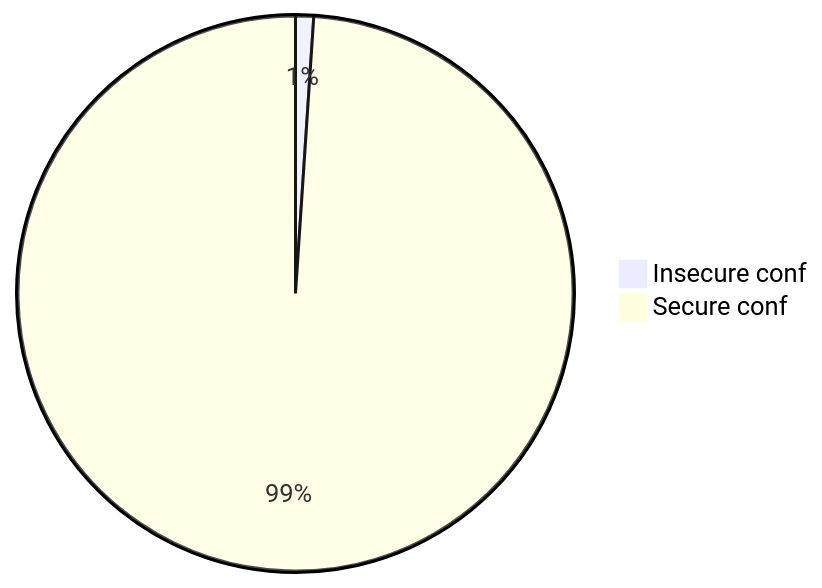
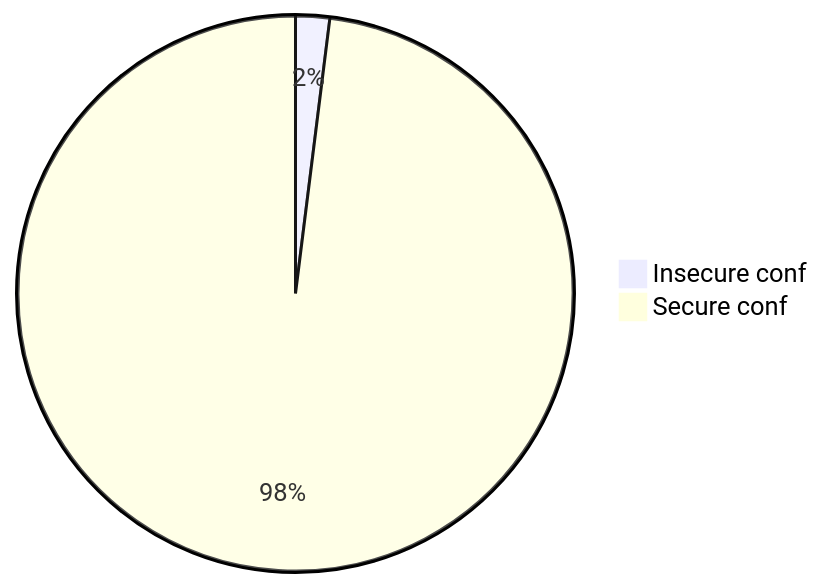
Before and after one commit to oshp/oshp-stats: diagram 17 of 18 in stats.md, drawn with Mermaid. The commit also changed other lines of this file and 1 other file, not shown here.

````diff
--- a/stats.md
+++ b/stats.md
@@ -200,6 +200,6 @@
 ```mermaid
 pie
-	"Insecure conf" : 1.05
-	"Secure conf" : 98.95
+	"Insecure conf" : 1.98
+	"Secure conf" : 98.02
 
 ```
````
